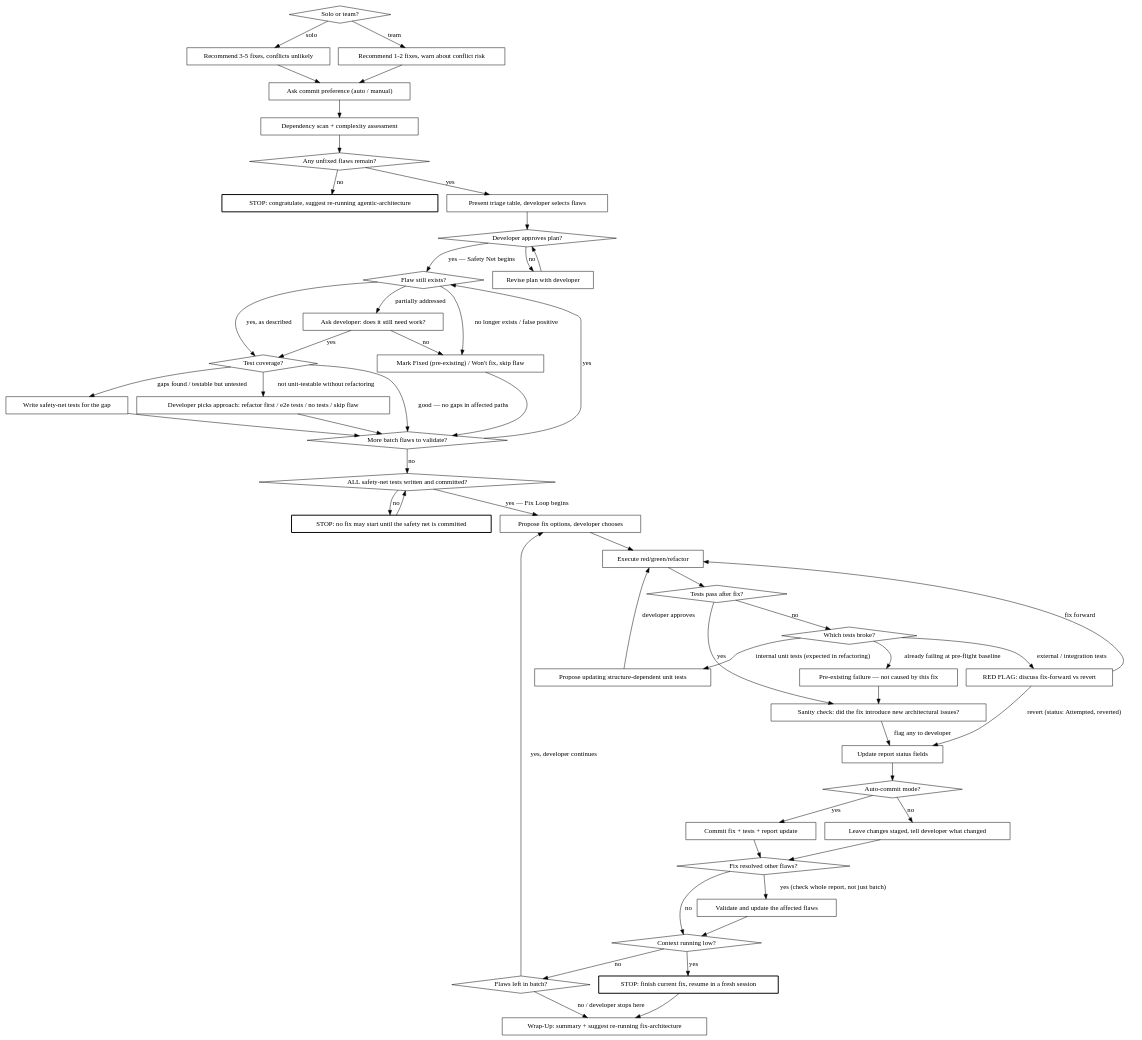
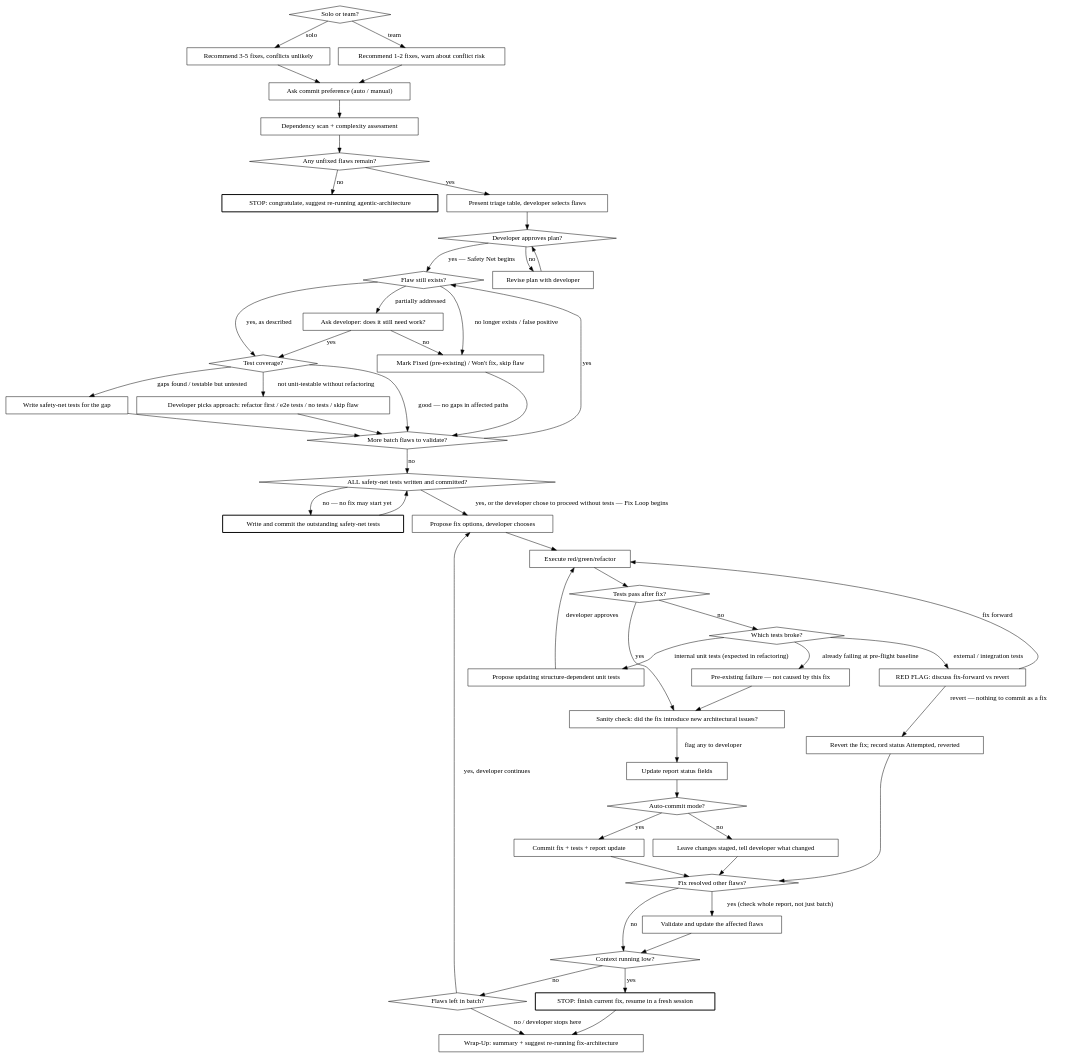
Before and after one commit to Ovid/paad: the second of 2 diagrams in plugins/paad/skills/fix-architecture/SKILL.md, drawn with Graphviz. The commit also changed other lines of this file, not shown here.

Commit message:
fix-architecture: unblock the Safety Net gate, stop committing reverts
Adversarial review: the gate's 'no' branch looped a bold STOP node back to
the same question with nothing in between — unsatisfiable, and reachable
legitimately from two prose paths (no test infrastructure, developer chose
'fix without tests'). Replaced with a write-and-commit action plus an
explicit waiver edge.

The revert branch merged into the same commit node as the success path, so
auto-commit mode would emit 'Resolves architectural flaw F-ID' for a fix
that was thrown away. It now records status and moves on.

Report update moved ahead of Commit in the prose, resolving the ordering the
digraph previously carried a footnote to explain; notes that Status commit
is filled after the commit exists.

```diff
--- a/plugins/paad/skills/fix-architecture/SKILL.md
+++ b/plugins/paad/skills/fix-architecture/SKILL.md
@@ -111,7 +111,8 @@
   "Mark Fixed (pre-existing) / Won't fix, skip flaw" [shape=box];
   "Write safety-net tests for the gap" [shape=box];
   "Developer picks approach: refactor first / e2e tests / no tests / skip flaw" [shape=box];
-  "STOP: no fix may start until the safety net is committed" [shape=box, style=bold];
+  "Write and commit the outstanding safety-net tests" [shape=box, style=bold];
+  "Revert the fix; record status Attempted, reverted" [shape=box];
 
   "Propose fix options, developer chooses" [shape=box];
   "Execute red/green/refactor" [shape=box];
@@ -154,9 +155,9 @@
   "More batch flaws to validate?" -> "Flaw still exists?" [label="yes"];
   "More batch flaws to validate?" -> "ALL safety-net tests written and committed?" [label="no"];
 
-  "ALL safety-net tests written and committed?" -> "STOP: no fix may start until the safety net is committed" [label="no"];
-  "STOP: no fix may start until the safety net is committed" -> "ALL safety-net tests written and committed?";
-  "ALL safety-net tests written and committed?" -> "Propose fix options, developer chooses" [label="yes — Fix Loop begins"];
+  "ALL safety-net tests written and committed?" -> "Write and commit the outstanding safety-net tests" [label="no — no fix may start yet"];
+  "Write and commit the outstanding safety-net tests" -> "ALL safety-net tests written and committed?";
+  "ALL safety-net tests written and committed?" -> "Propose fix options, developer chooses" [label="yes, or the developer chose to proceed without tests — Fix Loop begins"];
 
   "Propose fix options, developer chooses" -> "Execute red/green/refactor";
   "Execute red/green/refactor" -> "Tests pass after fix?";
@@ -168,7 +169,8 @@
   "Pre-existing failure — not caused by this fix" -> "Sanity check: did the fix introduce new architectural issues?";
   "Propose updating structure-dependent unit tests" -> "Execute red/green/refactor" [label="developer approves"];
   "RED FLAG: discuss fix-forward vs revert" -> "Execute red/green/refactor" [label="fix forward"];
-  "RED FLAG: discuss fix-forward vs revert" -> "Update report status fields" [label="revert (status: Attempted, reverted)"];
+  "RED FLAG: discuss fix-forward vs revert" -> "Revert the fix; record status Attempted, reverted" [label="revert — nothing to commit as a fix"];
+  "Revert the fix; record status Attempted, reverted" -> "Fix resolved other flaws?";
 
   "Sanity check: did the fix introduce new architectural issues?" -> "Update report status fields" [label="flag any to developer"];
   "Update report status fields" -> "Auto-commit mode?";
```
